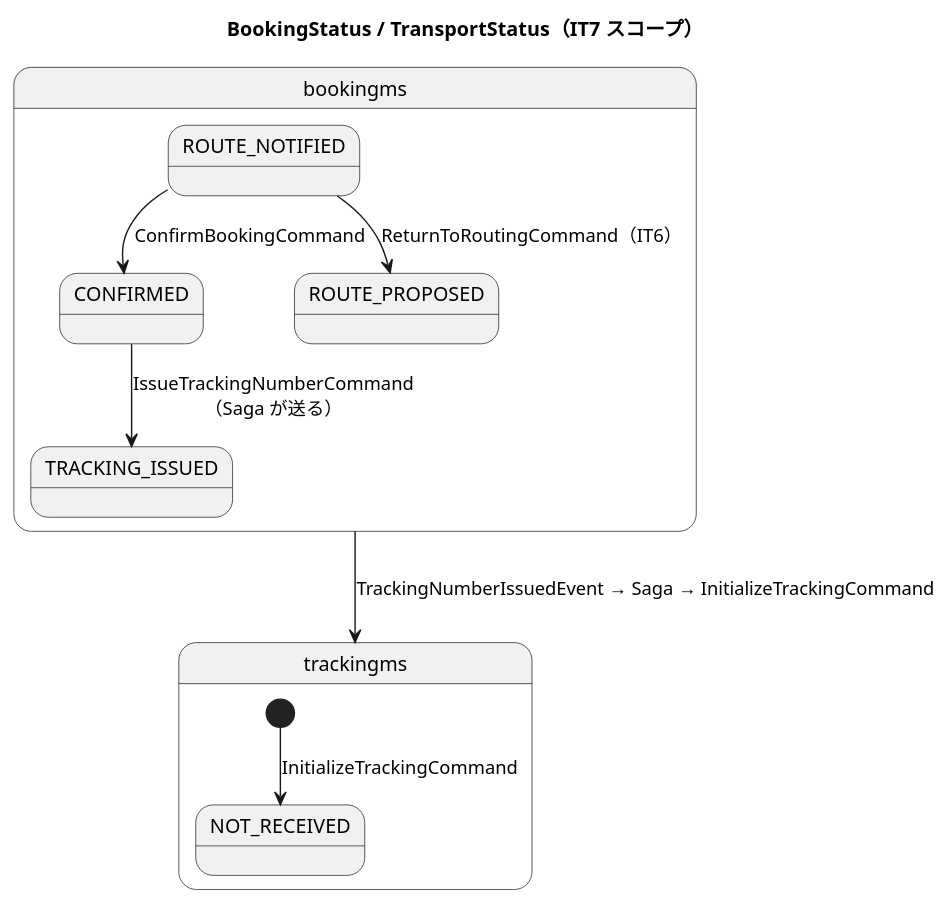
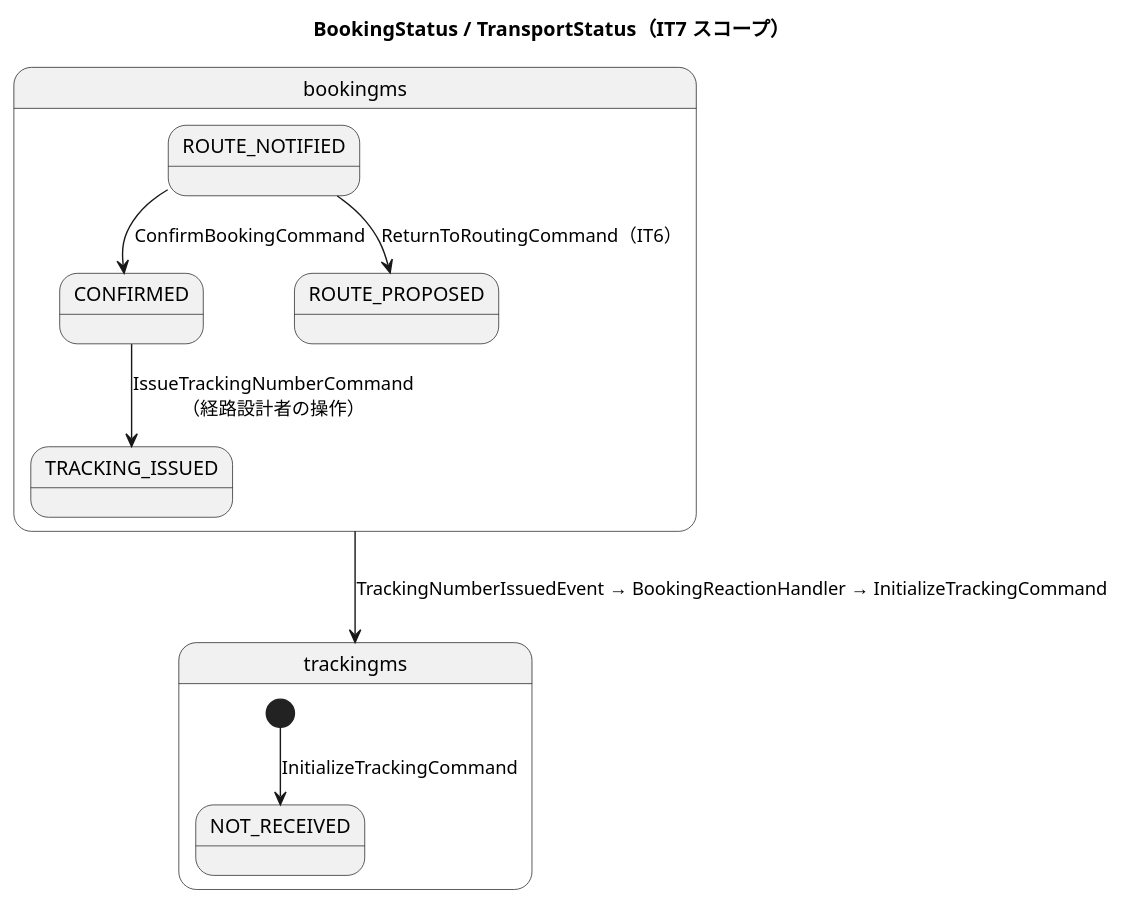
One commit to k2works/case-study-cargo-tracker changed the second of 4 diagrams in docs/development/cargo-tracker/iteration_plan-7.md. Above: the diagram before and after it, drawn with PlantUML. The commit also changed other lines of this file and 1 other file, not shown here.

````diff
--- a/docs/development/cargo-tracker/iteration_plan-7.md
+++ b/docs/development/cargo-tracker/iteration_plan-7.md
@@ -246,17 +253,17 @@
 ```plantuml
 @startuml
 title BookingStatus / TransportStatus（IT7 スコープ）
 
 state "bookingms" as B {
   ROUTE_NOTIFIED --> CONFIRMED : ConfirmBookingCommand
-  CONFIRMED --> TRACKING_ISSUED : IssueTrackingNumberCommand\n（Saga が送る）
+  CONFIRMED --> TRACKING_ISSUED : IssueTrackingNumberCommand\n（経路設計者の操作）
   ROUTE_NOTIFIED --> ROUTE_PROPOSED : ReturnToRoutingCommand（IT6）
 }
 
 state "trackingms" as T {
   [*] --> NOT_RECEIVED : InitializeTrackingCommand
 }
 
-B --> T : TrackingNumberIssuedEvent → Saga → InitializeTrackingCommand
+B --> T : TrackingNumberIssuedEvent → BookingReactionHandler → InitializeTrackingCommand
 @enduml
 ```
````
